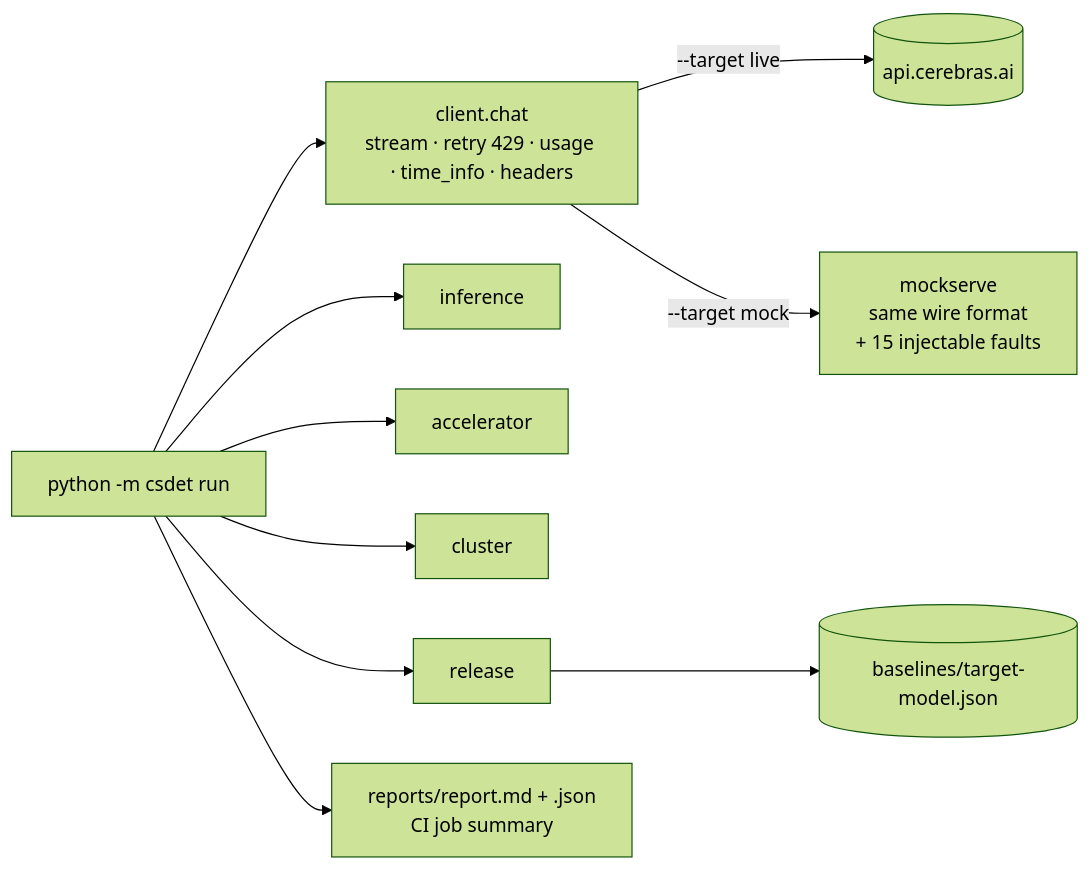
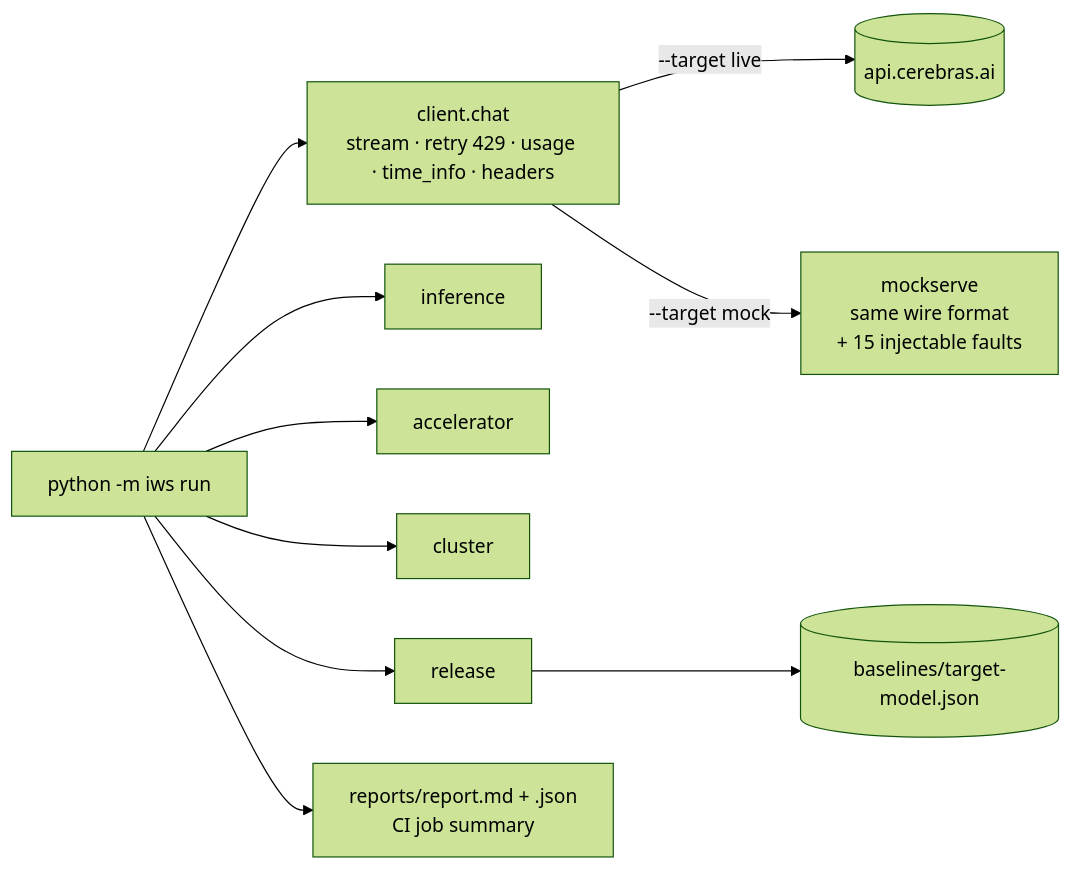
Before and after one commit to su0xpj-bastion/inference-endpoint-scenarios: the diagram in README.md, drawn with Mermaid (forest theme). The commit also changed other lines of this file and 18 other files, not shown here.

Commit message:
Rename to inference-workflow-scenarios; package csdet -> iws

````diff
--- a/README.md
+++ b/README.md
@@ -14,9 +14,9 @@
 ```mermaid
 flowchart LR
-    CLI[python -m csdet run] --> C[client.chat<br/>stream · retry 429 · usage · time_info · headers]
+    CLI[python -m iws run] --> C[client.chat<br/>stream · retry 429 · usage · time_info · headers]
     C -->|--target live| API[(api.cerebras.ai)]
     C -->|--target mock| M[mockserve<br/>same wire format<br/>+ 15 injectable faults]
     CLI --> W1[inference] & W2[accelerator] & W3[cluster] & W4[release]
     W4 --> B[(baselines/target-model.json)]
     CLI --> R[reports/report.md + .json<br/>CI job summary]
 ```
````
